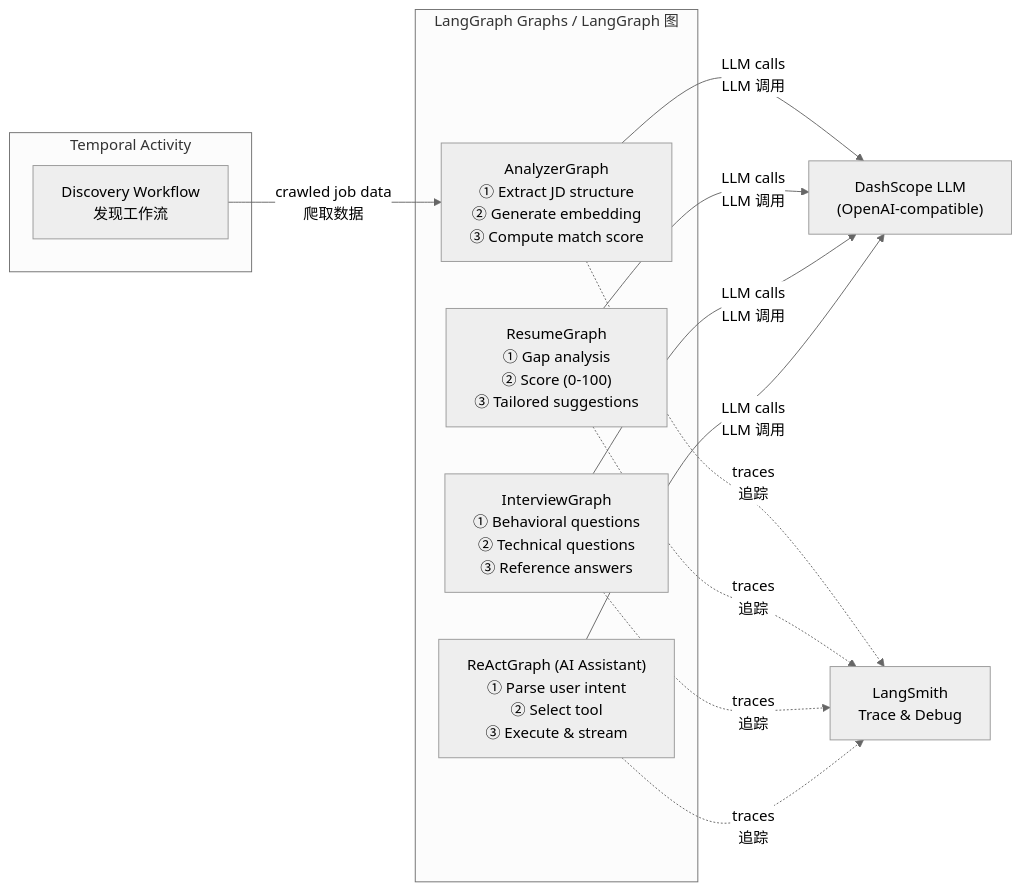
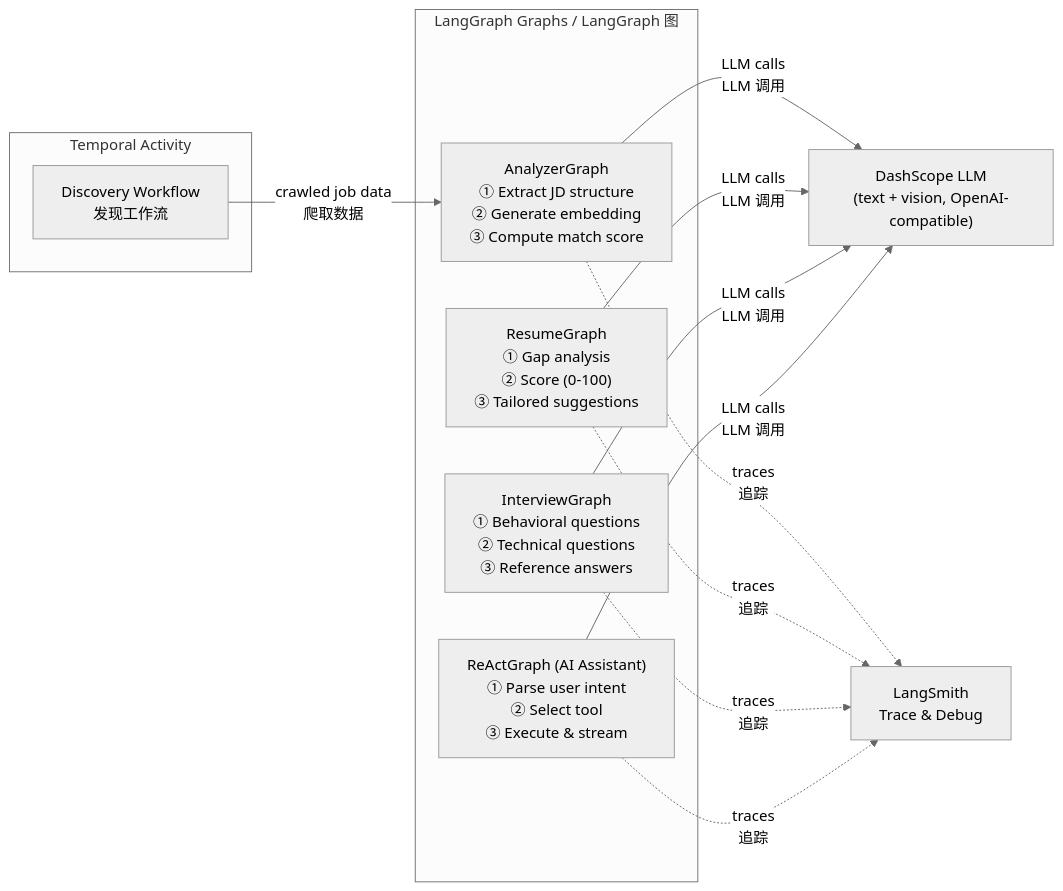
One commit to shangxiang0907/JobCopilot changed the fourth of 13 diagrams in docs/SAD.md. Above: the diagram before and after it, drawn with Mermaid (neutral theme). The commit also changed other lines of this file and 3 other files, not shown here.

````diff
--- a/docs/SAD.md
+++ b/docs/SAD.md
@@ -138,20 +142,20 @@
 ```mermaid
 graph LR
     subgraph "Temporal Activity"
         TW["Discovery Workflow\n发现工作流"]
     end
 
     subgraph "LangGraph Graphs / LangGraph 图"
         AG["AnalyzerGraph\n① Extract JD structure\n② Generate embedding\n③ Compute match score"]
         RG["ResumeGraph\n① Gap analysis\n② Score (0-100)\n③ Tailored suggestions"]
         IG["InterviewGraph\n① Behavioral questions\n② Technical questions\n③ Reference answers"]
         ReactG["ReActGraph (AI Assistant)\n① Parse user intent\n② Select tool\n③ Execute & stream"]
     end
 
-    LLM["DashScope LLM\n(OpenAI-compatible)"]
+    LLM["DashScope LLM\n(text + vision, OpenAI-compatible)"]
     LS["LangSmith\nTrace & Debug"]
 
     TW -->|"crawled job data\n爬取数据"| AG
     AG & RG & IG & ReactG -->|"LLM calls\nLLM 调用"| LLM
     AG & RG & IG & ReactG -.->|"traces\n追踪"| LS
 ```
````
